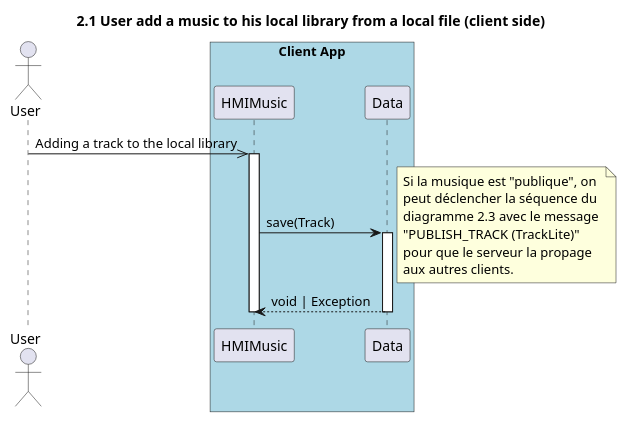
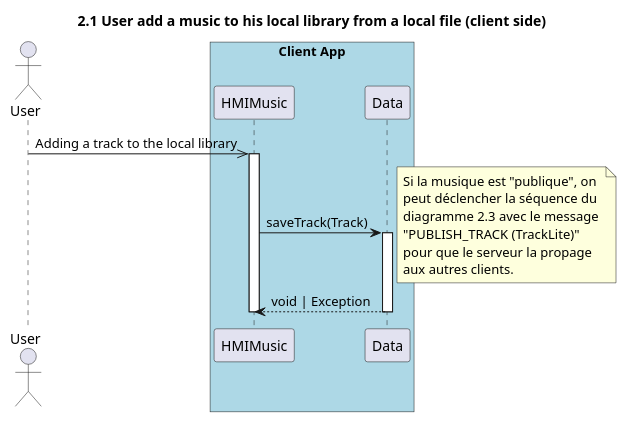
One commit to UTCAI12/Diagrams changed the diagram in sequence/2.1.new_music_client.puml. Above: the diagram before and after it, drawn with PlantUML. The commit also changed 2 other files, not shown here.

```diff
--- a/sequence/2.1.new_music_client.puml
+++ b/sequence/2.1.new_music_client.puml
@@ -1,29 +1,29 @@
 @startuml 2.1 User add a music to his local library from a local file (client side)
 title 2.1 User add a music to his local library from a local file (client side)
 
 actor "User" as user
 box "Client App" #LightBlue
     participant "HMIMusic" as hmi
     participant "Data" as data
 end box
 
 user ->> hmi : Adding a track to the local library
 activate hmi
 
-hmi -> data : save(Track)
+hmi -> data : saveTrack(Track)
 activate data
 
 note right
     Si la musique est "publique", on 
     peut déclencher la séquence du 
     diagramme 2.3 avec le message 
     "PUBLISH_TRACK (TrackLite)" 
     pour que le serveur la propage 
     aux autres clients.
 end note
 
 data --> hmi : void | Exception
 deactivate data
 deactivate hmi
 
 @enduml
```
